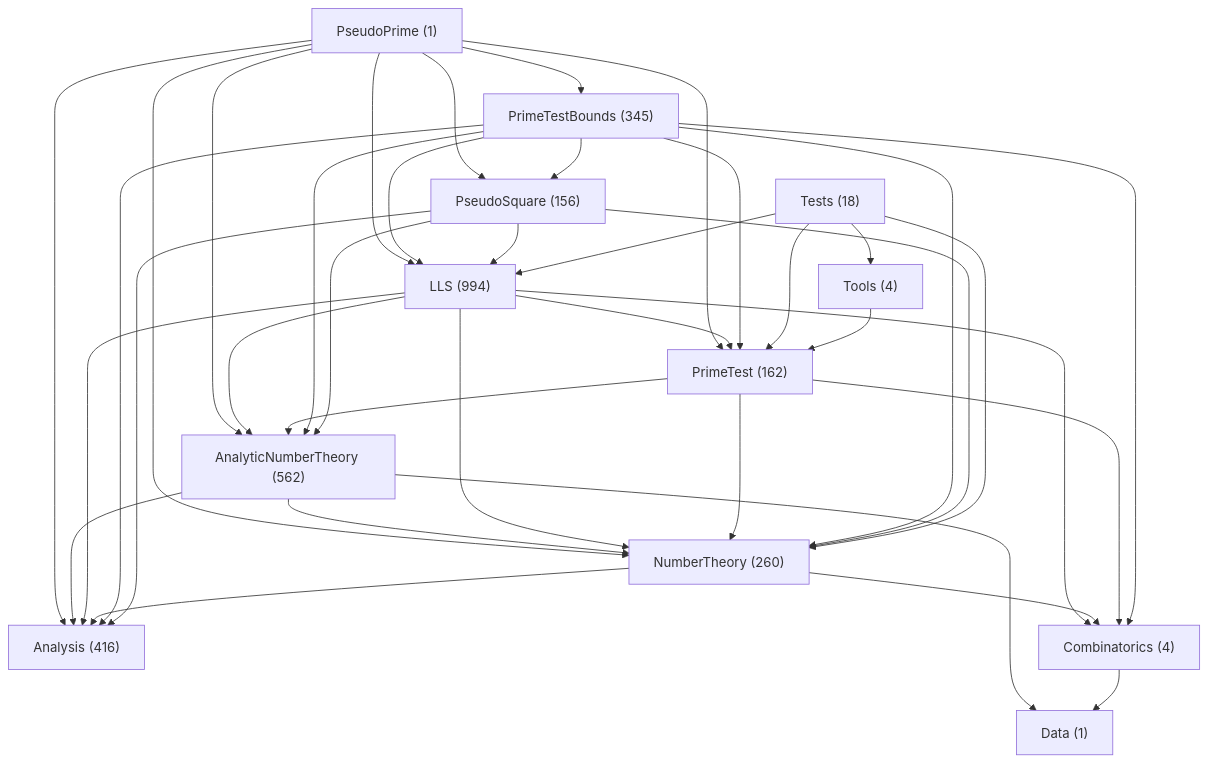
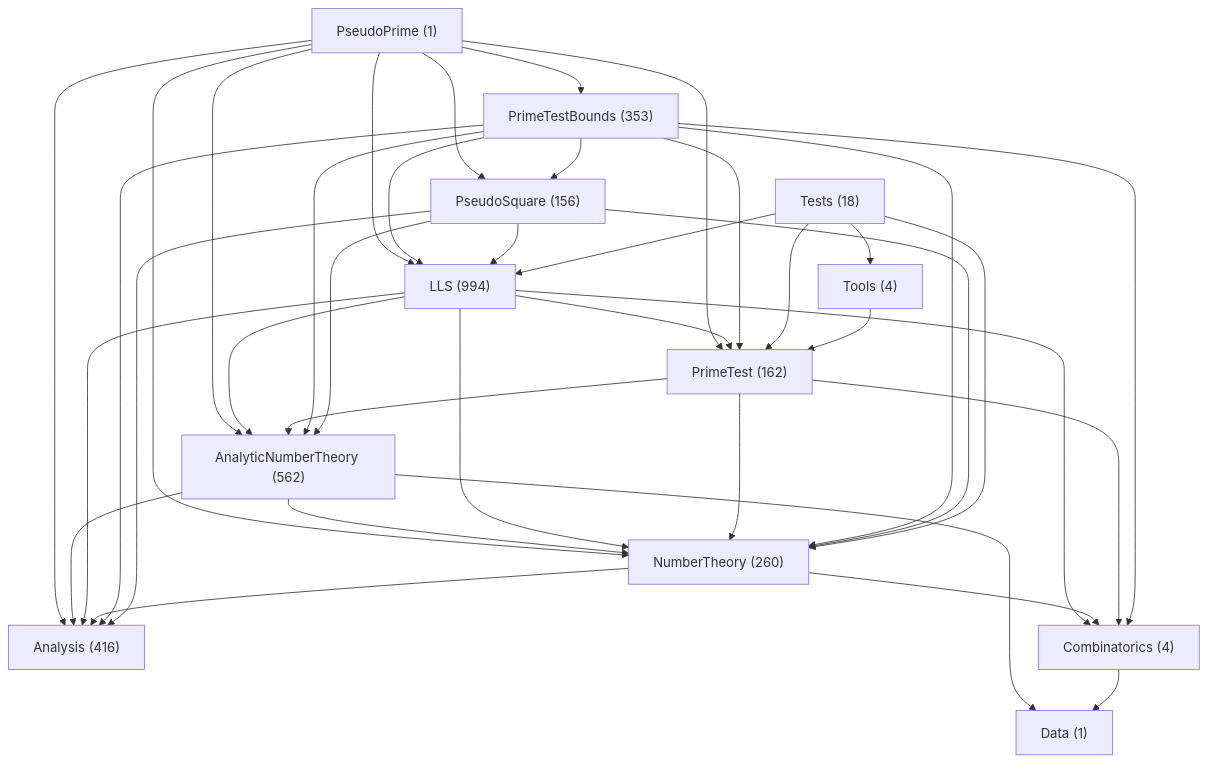
Before and after one commit to mizar/PseudoPrimeLean: the diagram in doc/NamespaceLayout.md, drawn with Mermaid. The commit also changed other lines of this file and 9 other files, not shown here.

````diff
--- a/doc/NamespaceLayout.md
+++ b/doc/NamespaceLayout.md
@@ -144,52 +144,52 @@
 ```mermaid
 flowchart TD
     N0["PseudoPrime (1)"]
     N1["Analysis (416)"]
     N2["AnalyticNumberTheory (562)"]
     N3["Combinatorics (4)"]
     N4["Data (1)"]
     N5["LLS (994)"]
     N6["NumberTheory (260)"]
     N7["PrimeTest (162)"]
-    N8["PrimeTestBounds (345)"]
+    N8["PrimeTestBounds (353)"]
     N9["PseudoSquare (156)"]
     N10["Tests (18)"]
     N11["Tools (4)"]
     N0 --> N1
     N0 --> N2
     N0 --> N5
     N0 --> N6
     N0 --> N7
     N0 --> N8
     N0 --> N9
     N2 --> N1
     N2 --> N4
     N2 --> N6
     N3 --> N4
     N5 --> N1
     N5 --> N2
     N5 --> N3
     N5 --> N6
     N5 --> N7
     N6 --> N1
     N6 --> N3
     N7 --> N2
     N7 --> N3
     N7 --> N6
     N8 --> N1
     N8 --> N2
     N8 --> N3
     N8 --> N5
     N8 --> N6
     N8 --> N7
     N8 --> N9
     N9 --> N1
     N9 --> N2
     N9 --> N5
     N9 --> N6
     N10 --> N5
     N10 --> N6
     N10 --> N7
     N10 --> N11
     N11 --> N7
 ```
````
